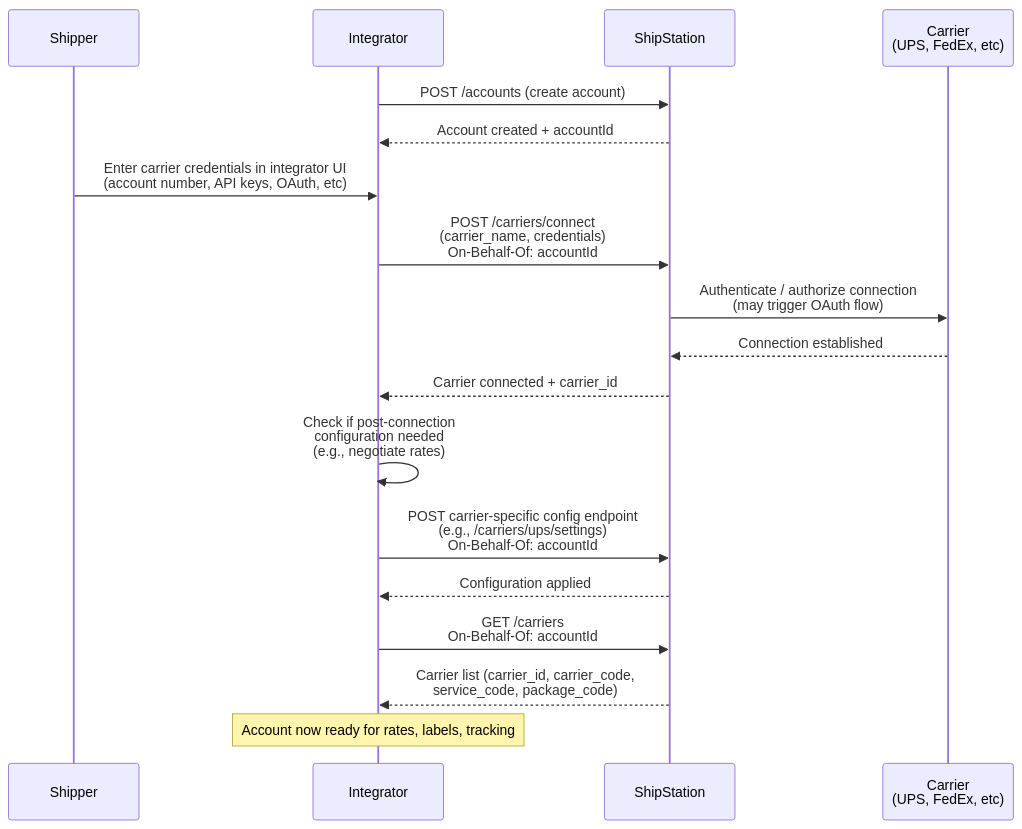
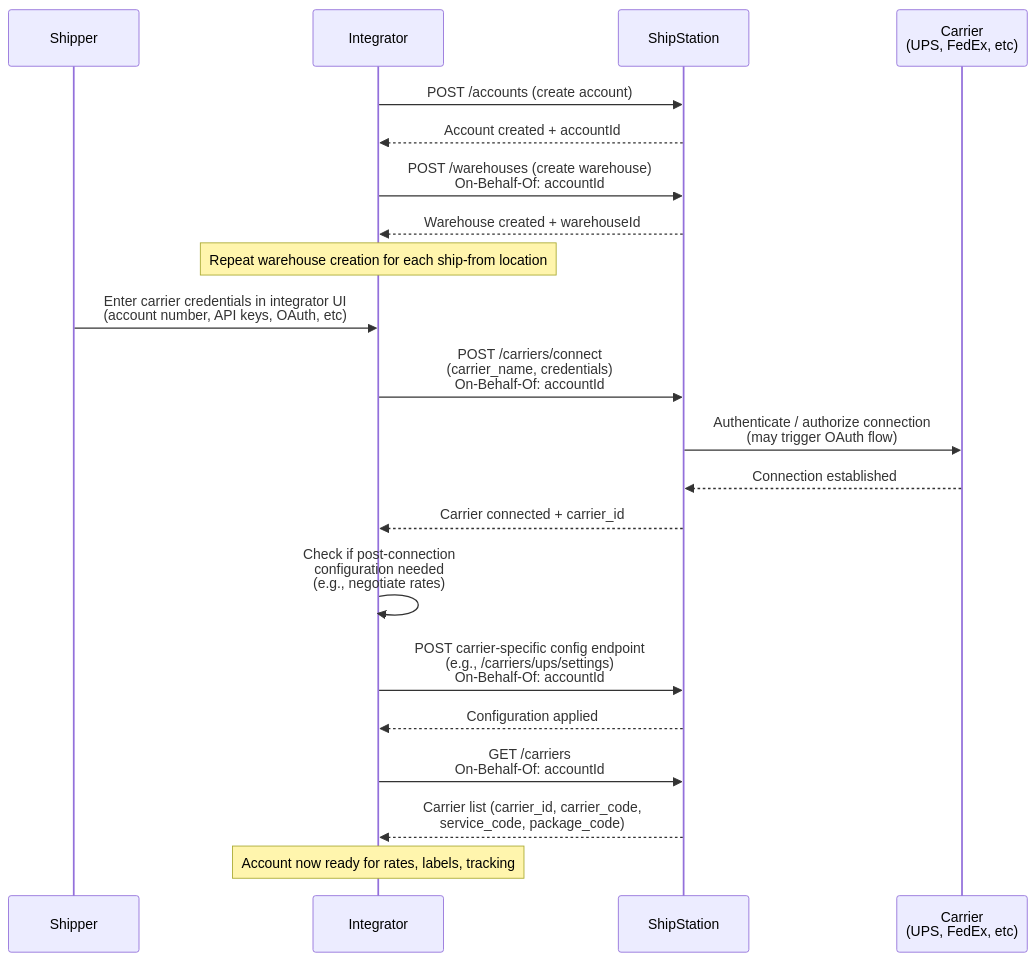
The diagram in patterns/partner api/byoa-carrier-onboarding.md (pmcgee-personal/shipstation-integration-toolkit), drawn with Mermaid before and after one commit. The commit also changed other lines of this file, not shown here.

````diff
--- a/patterns/partner api/byoa-carrier-onboarding.md
+++ b/patterns/partner api/byoa-carrier-onboarding.md
@@ -9,27 +9,32 @@
 ```mermaid
 sequenceDiagram
     participant Shipper
     participant Integrator
     participant ShipStation
     participant Carrier as Carrier<br/>(UPS, FedEx, etc)
 
     Integrator->>ShipStation: POST /accounts (create account)
     ShipStation-->>Integrator: Account created + accountId
+
+    Integrator->>ShipStation: POST /warehouses (create warehouse)<br/>On-Behalf-Of: accountId
+    ShipStation-->>Integrator: Warehouse created + warehouseId
+
+    Note over Integrator: Repeat warehouse creation for each ship-from location
 
     Shipper->>Integrator: Enter carrier credentials in integrator UI<br/>(account number, API keys, OAuth, etc)
 
     Integrator->>ShipStation: POST /carriers/connect<br/>(carrier_name, credentials)<br/>On-Behalf-Of: accountId
     ShipStation->>Carrier: Authenticate / authorize connection<br/>(may trigger OAuth flow)
     Carrier-->>ShipStation: Connection established
 
     ShipStation-->>Integrator: Carrier connected + carrier_id
 
     Integrator->>Integrator: Check if post-connection<br/>configuration needed<br/>(e.g., negotiate rates)
     Integrator->>ShipStation: POST carrier-specific config endpoint<br/>(e.g., /carriers/ups/settings)<br/>On-Behalf-Of: accountId
     ShipStation-->>Integrator: Configuration applied
 
     Integrator->>ShipStation: GET /carriers<br/>On-Behalf-Of: accountId
     ShipStation-->>Integrator: Carrier list (carrier_id, carrier_code,<br/>service_code, package_code)
 
     Note over Integrator: Account now ready for rates, labels, tracking
 ```
````
